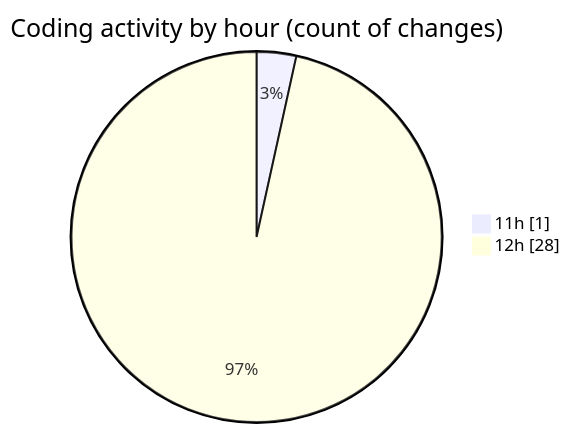
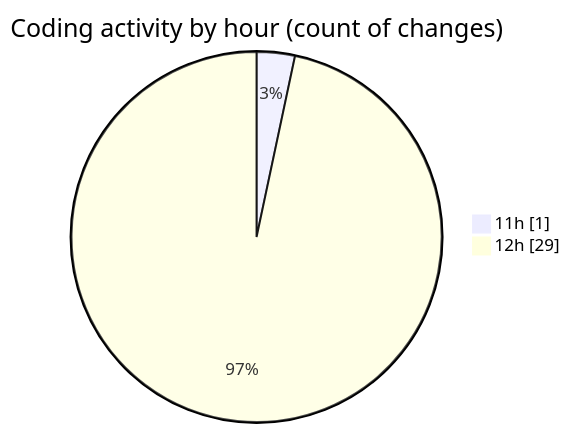
One commit to nxtqubesakshisongat/code-tracking changed the second of 2 diagrams in 2025-07-25/nxtqube_webapp/README.md. Above: the diagram before and after it, drawn with Mermaid. The commit also changed other lines of this file and 1 other file, not shown here.

````diff
--- a/2025-07-25/nxtqube_webapp/README.md
+++ b/2025-07-25/nxtqube_webapp/README.md
@@ -36,6 +36,6 @@
 ```mermaid
 pie showData
 title Coding activity by hour (count of changes)
 "11h" : 1
-"12h" : 28
+"12h" : 29
 ```
````
